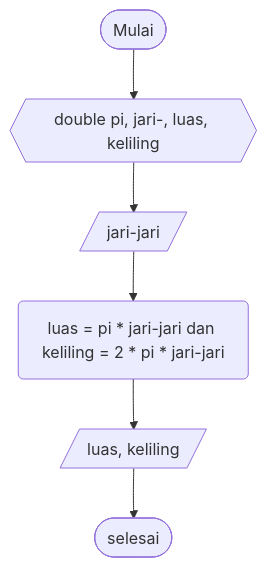
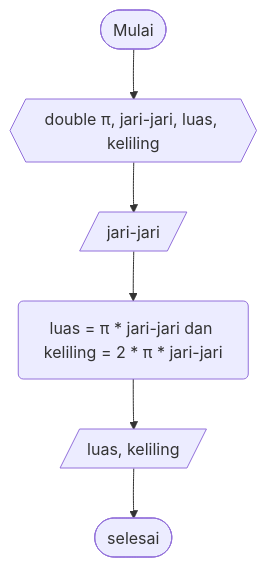
One commit to ValSyacy/latihan4 changed the diagram in Lingkaran/Lingkaran.md. Above: the diagram before and after it, drawn with Mermaid. The commit also changed other lines of this file and 1 other file, not shown here.

````diff
--- a/Lingkaran/Lingkaran.md
+++ b/Lingkaran/Lingkaran.md
@@ -16,8 +16,8 @@
 ```mermaid
 flowchart TD;
-    A([Mulai])-->B{{double pi, jari-, luas, keliling}}
+    A([Mulai])-->B{{double π, jari-jari, luas, keliling}}
     B-->C[/jari-jari/]
-    C-->D(luas = pi * jari-jari dan keliling = 2 * pi * jari-jari)
+    C-->D(luas = π * jari-jari dan keliling = 2 * π * jari-jari)
     D-->E[/luas, keliling/]
     E-->F([selesai])
 ```
````
